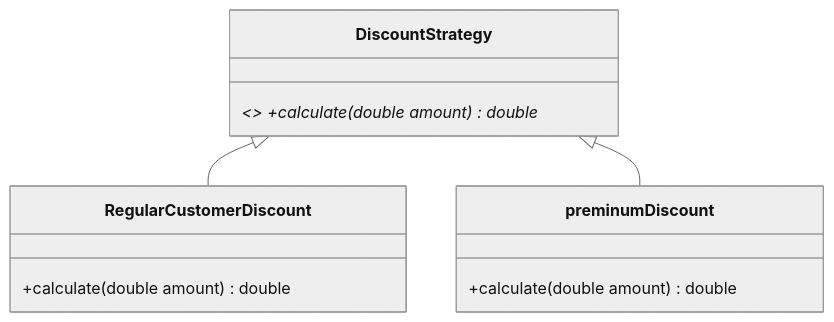
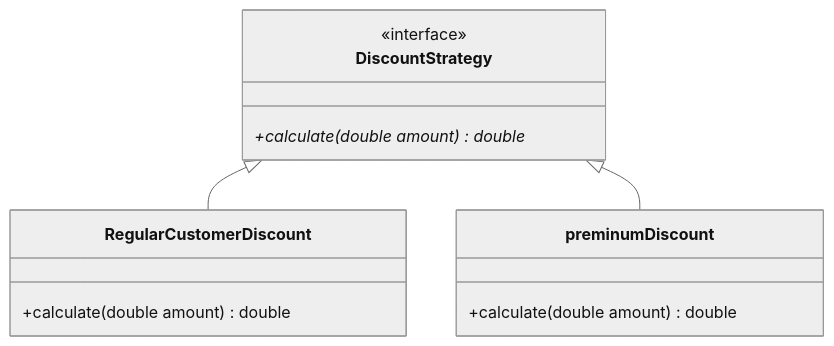
One commit to divyap271/systemDesign changed the second of 22 diagrams in readme.md. Above: the diagram before and after it, drawn with Mermaid (neutral theme). The commit also changed other lines of this file, not shown here.

````diff
--- a/readme.md
+++ b/readme.md
@@ -53,8 +72,15 @@
 ```mermaid
 classDiagram
-    class DiscountStrategy { <<interface>> +calculate(double amount)* double }
-    class RegularCustomerDiscount { +calculate(double amount) double }
-    class preminumDiscount { +calculate(double amount) double }
+    class DiscountStrategy {
+        <<interface>>
+        +calculate(double amount)* double
+    }
+    class RegularCustomerDiscount {
+        +calculate(double amount) double
+    }
+    class preminumDiscount {
+        +calculate(double amount) double
+    }
     DiscountStrategy <|-- RegularCustomerDiscount
     DiscountStrategy <|-- preminumDiscount
 ```
````
